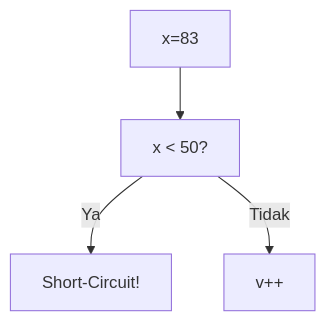
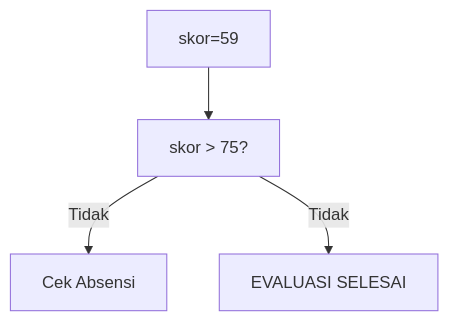
The ninth of 25 diagrams in part-c-pemahaman-cpp/02-percabangan/latihan/set-09.md (amnahwaida/OSNK_INF_PREP), drawn with Mermaid before and after one commit. The commit also changed other lines of this file and 71 other files, not shown here.

````diff
--- a/part-c-pemahaman-cpp/02-percabangan/latihan/set-09.md
+++ b/part-c-pemahaman-cpp/02-percabangan/latihan/set-09.md
@@ -246,6 +258,6 @@
 ```mermaid
 graph TD
-A["x=83"] --> B["x < 50?"]
-B -- Ya --> C["Short-Circuit!"]
-B -- Tidak --> D["v++"]
+A["skor=59"] --> B["skor > 75?"]
+B -- Tidak --> C["Cek Absensi"]
+B -- Tidak --> D["EVALUASI SELESAI"]
 ```
````
